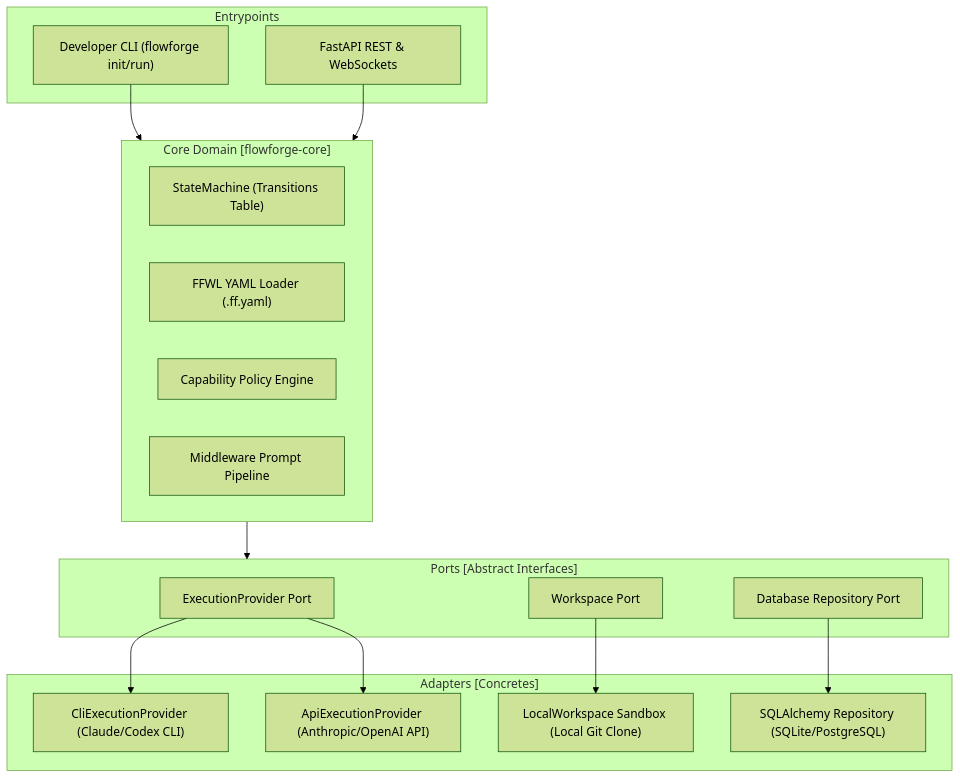
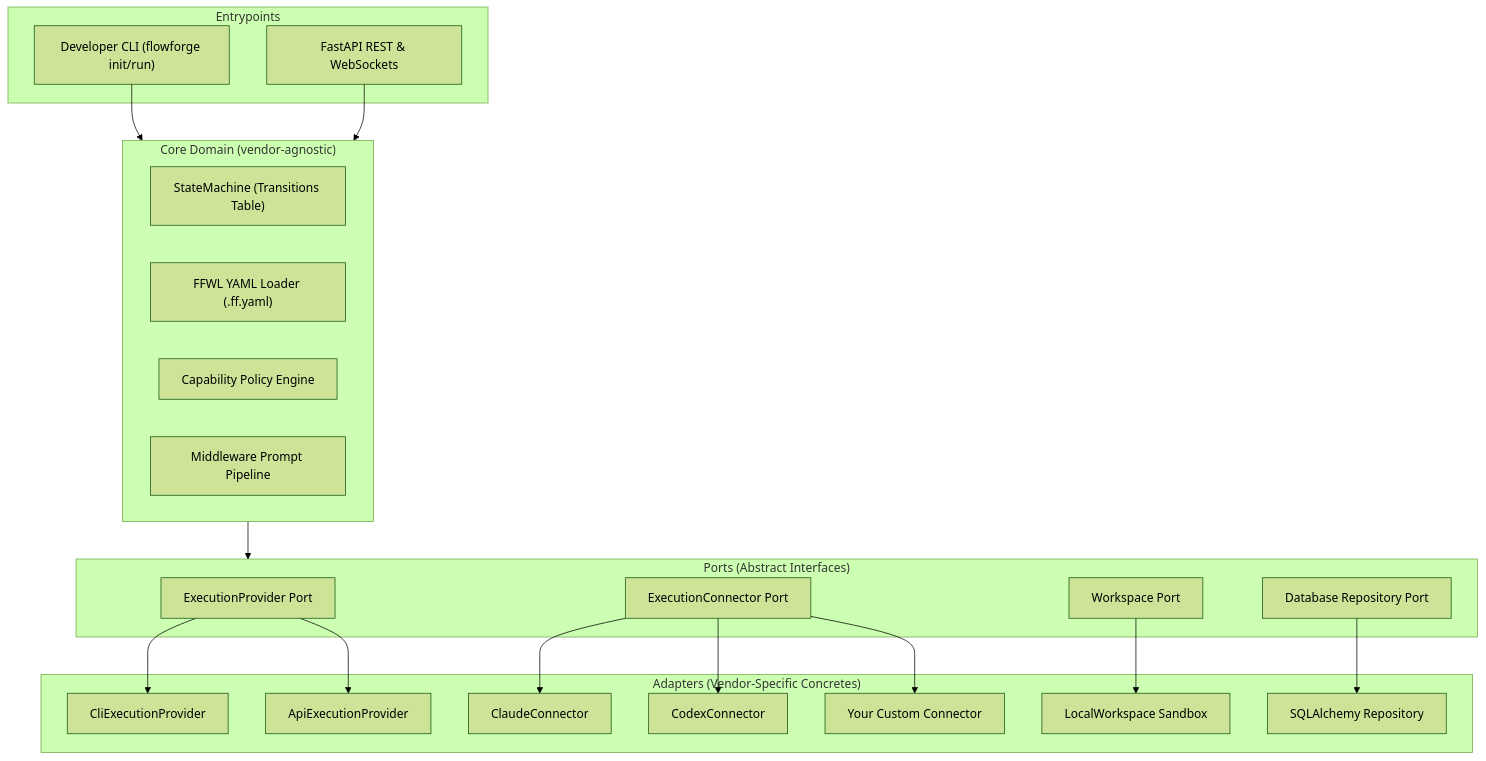
One commit to adityabriananto/flowforge changed the diagram in README.md. Above: the diagram before and after it, drawn with Mermaid (forest theme). The commit also changed other lines of this file and 8 other files, not shown here.

Commit message:
refactor: purge all AI/LLM vendor references from Core (ports, domain, services) - rename LlmConnector to ExecutionConnector, remove hardcoded vendor names, update README to reflect vendor-agnostic Engineering Runtime vision

````diff
--- a/README.md
+++ b/README.md
@@ -35,35 +58,42 @@
 ```mermaid
 graph TD
     subgraph Entrypoints
         CLI["Developer CLI (flowforge init/run)"]
         FastAPI["FastAPI REST & WebSockets"]
     end
 
-    subgraph CoreDomain["Core Domain [flowforge-core]"]
+    subgraph CoreDomain["Core Domain (vendor-agnostic)"]
         StateMachine["StateMachine (Transitions Table)"]
         YamlLoader["FFWL YAML Loader (.ff.yaml)"]
         PolicyEngine["Capability Policy Engine"]
         PromptPipeline["Middleware Prompt Pipeline"]
     end
 
-    subgraph Ports["Ports [Abstract Interfaces]"]
+    subgraph Ports["Ports (Abstract Interfaces)"]
         EP["ExecutionProvider Port"]
+        EC["ExecutionConnector Port"]
         WP["Workspace Port"]
         DB["Database Repository Port"]
     end
 
-    subgraph Adapters["Adapters [Concretes]"]
-        CliExec["CliExecutionProvider (Claude/Codex CLI)"]
-        ApiExec["ApiExecutionProvider (Anthropic/OpenAI API)"]
-        LocalWS["LocalWorkspace Sandbox (Local Git Clone)"]
-        SqliteDB["SQLAlchemy Repository (SQLite/PostgreSQL)"]
+    subgraph Adapters["Adapters (Vendor-Specific Concretes)"]
+        CliExec["CliExecutionProvider"]
+        ApiExec["ApiExecutionProvider"]
+        ConnA["ClaudeConnector"]
+        ConnB["CodexConnector"]
+        ConnC["Your Custom Connector"]
+        LocalWS["LocalWorkspace Sandbox"]
+        SqliteDB["SQLAlchemy Repository"]
     end
 
     CLI --> CoreDomain
     FastAPI --> CoreDomain
     CoreDomain --> Ports
     EP --> CliExec
     EP --> ApiExec
+    EC --> ConnA
+    EC --> ConnB
+    EC --> ConnC
     WP --> LocalWS
     DB --> SqliteDB
 ```
````
